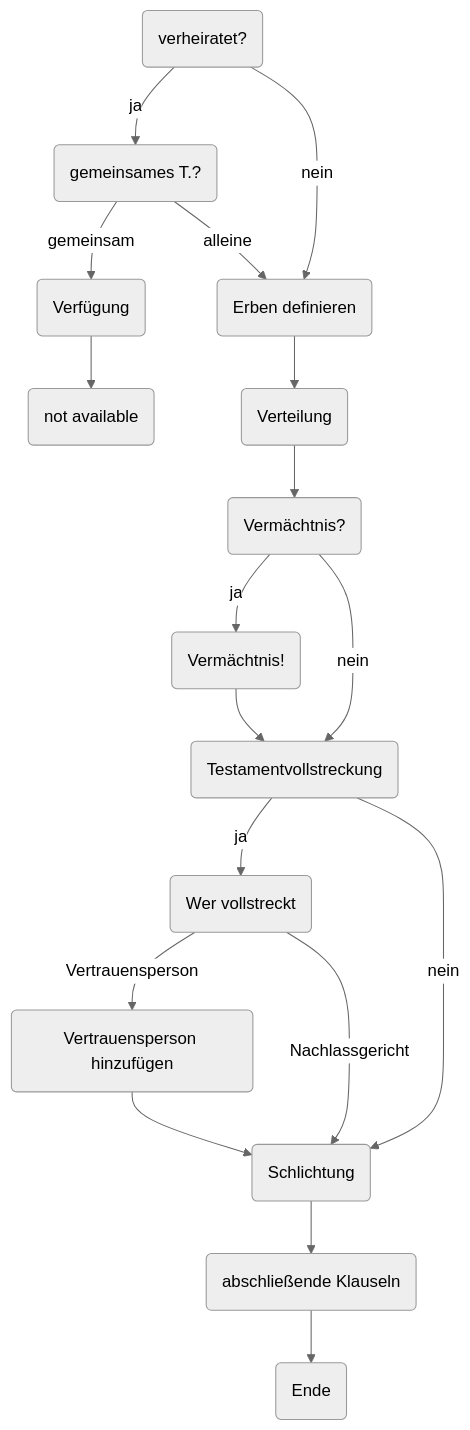
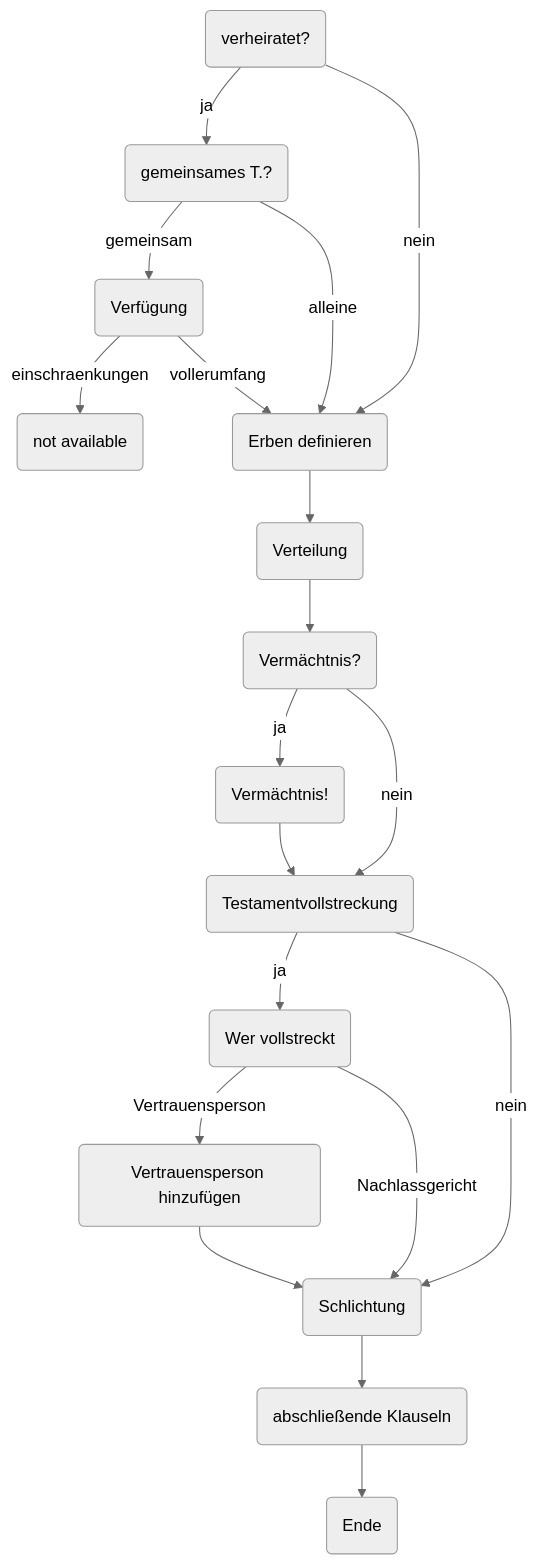
The diagram in app/src/lib/Testamentgenerator_qusetions.md (walkerdustin/beyond-webapp), drawn with Mermaid (neutral theme) before and after one commit.

Commit message:
Branch editing  Verfügung

```diff
--- a/app/src/lib/Testamentgenerator_qusetions.md
+++ b/app/src/lib/Testamentgenerator_qusetions.md
@@ -12,7 +11,7 @@
         %%info ''
 
     %%Questions
-    __00100(verheiratet?) 
+    __00100(verheiratet?)
         %%typ 'regular'
         %%frage 'Wie ist Ihr Familienstand?'
         %%option0 'Verheiratet'
@@ -34,7 +33,7 @@
         %%info 'Wenn der Längerlebende Partner nach dem Tod des Zuerstversterbenden  vollumfänglich über das Vermögen verfügen kann, wird er als Vollerbe bezeichnet.Das gemeindschaftliche Erbe kann mit einigen Einschränkungen einhergehen. So soll verhindert werden, dass der längerlebende Ehepartner das Erbe komplett ausgeben darf, damit der Nachlass beim Tod des Längerlebenden möglichst ungeschmälert an die Nacherben übergeht." (ninebarc)'
 
     __00130(not available)
-        %%typ 'not available'
+        %% 'not available'
         %%frage 'Diese Option ist bei Beyond aktuell noch nicht verfügbar.'
         %%option0 ''
         %%option1 ''
@@ -46,7 +45,7 @@
         %%option0 ''
         %%option1 ''
         %%info ''
-        
+
     __00300(Verteilung)
         %%typ 'verteilung'
         %%frage 'verteilung'
@@ -82,7 +81,7 @@
         %%option1 'Nachlassgericht'
         %%info 'Unter Testamentsvollstreckung versteht man die Aufgaben rund um die Verwaltung und Auseinandersetzung des Nachlasses. Das beinhaltet beispielsweise die korrekte Erfüllung von Vermächtnissen und dem Vorbeugen von Konflikten in der ordnungsgemäßen Verteilung der Erbanteile. Eine Testamentsvollstreckung ist nicht immer notwendig, kann aber dabei helfen, die Erben zu entlasten und eine vermittelnde Rolle einzunehmen.'
 
-    __00520(Vertrauensperson hinzufügen) 
+    __00520(Vertrauensperson hinzufügen)
         %%typ 'vertrauensperson hinzufügen'
         %%frage 'vertrauensperson'
         %%option0 ''
@@ -102,7 +101,7 @@
         %%option0 ''
         %%option1 ''
         %%info ''
-    
+
     __01000(Ende)
         %%typ 'ende'
         %%frage 'Ende'
@@ -110,14 +109,15 @@
         %%option1 ''
         %%info ''
 
-    
+
 
     %%Transitions
     __00100--ja-->__00110
     __00100--nein-->__00200
     __00110--gemeinsam-->__00120
     __00110--alleine-->__00200
-    __00120-->__00130
+    __00120--einschraenkungen-->__00130
+    __00120--vollerumfang-->__00200
     __00200-->__00300
     __00300-->__00400
     __00400--ja-->__00450
```
